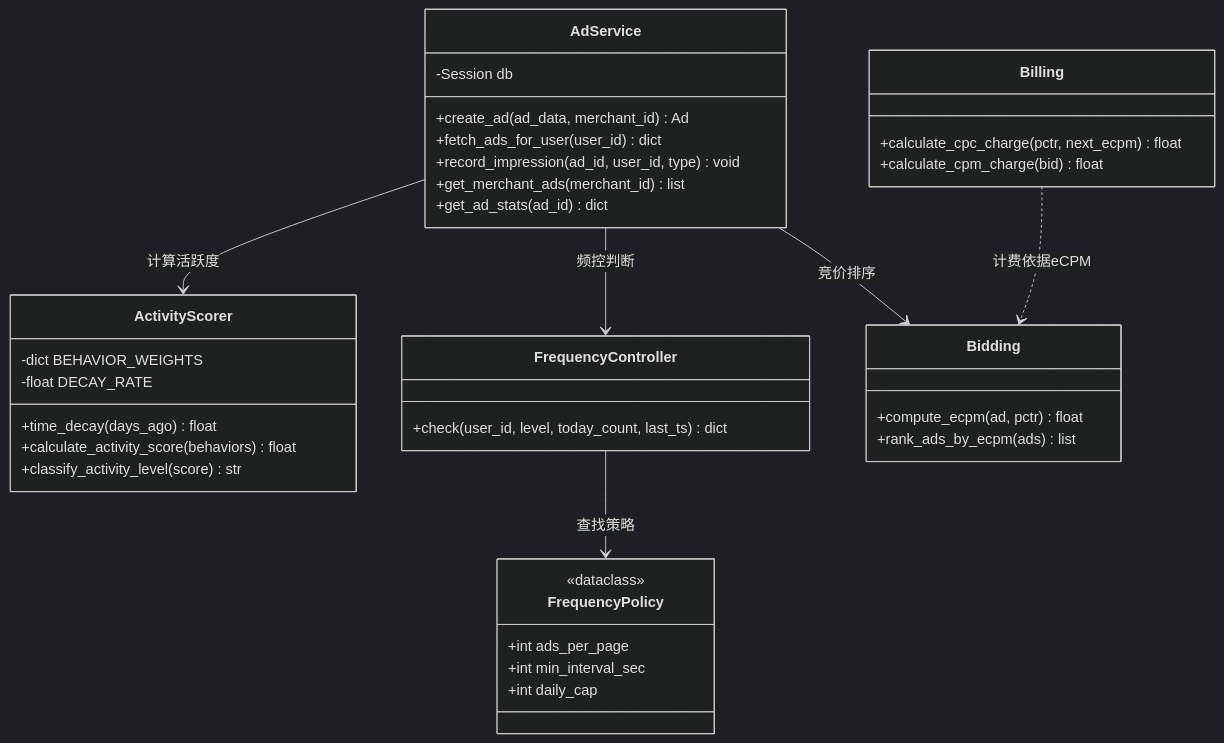
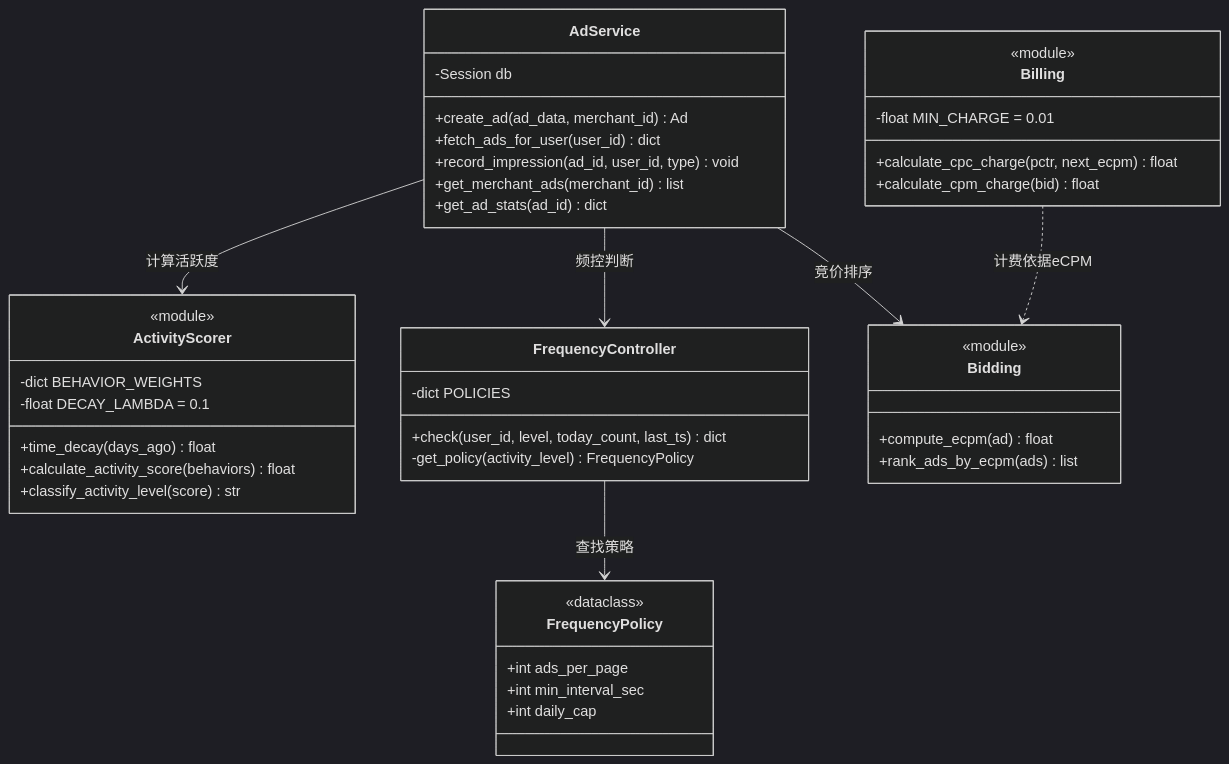
One commit to kun041011/ecommerce-ad-recommendation-system changed diagram 11 of 13 in docs/figures.md. Above: the diagram before and after it, drawn with Mermaid (dark theme).

Commit message:
docs: add variables to all classes in ad engine class diagram (图5-4)
- ActivityScorer: added BEHAVIOR_WEIGHTS dict, DECAY_LAMBDA=0.1, marked <<module>>
- FrequencyController: added POLICIES dict, get_policy() private method
- Bidding: marked <<module>> (pure functions, no class)
- Billing: added MIN_CHARGE=0.01, marked <<module>>

````diff
--- a/docs/figures.md
+++ b/docs/figures.md
@@ -269,40 +269,46 @@
 ```mermaid
 classDiagram
     class AdService {
         -Session db
         +create_ad(ad_data, merchant_id) Ad
         +fetch_ads_for_user(user_id) dict
         +record_impression(ad_id, user_id, type) void
         +get_merchant_ads(merchant_id) list
         +get_ad_stats(ad_id) dict
     }
     class ActivityScorer {
+        <<module>>
         -dict BEHAVIOR_WEIGHTS
-        -float DECAY_RATE
+        -float DECAY_LAMBDA = 0.1
         +time_decay(days_ago) float
         +calculate_activity_score(behaviors) float
         +classify_activity_level(score) str
     }
     class FrequencyController {
+        -dict POLICIES
         +check(user_id, level, today_count, last_ts) dict
+        -get_policy(activity_level) FrequencyPolicy
     }
     class FrequencyPolicy {
         <<dataclass>>
         +int ads_per_page
         +int min_interval_sec
         +int daily_cap
     }
     class Bidding {
-        +compute_ecpm(ad, pctr) float
+        <<module>>
+        +compute_ecpm(ad) float
         +rank_ads_by_ecpm(ads) list
     }
     class Billing {
+        <<module>>
+        -float MIN_CHARGE = 0.01
         +calculate_cpc_charge(pctr, next_ecpm) float
         +calculate_cpm_charge(bid) float
     }
     AdService --> ActivityScorer : 计算活跃度
     AdService --> FrequencyController : 频控判断
     AdService --> Bidding : 竞价排序
     FrequencyController --> FrequencyPolicy : 查找策略
     Billing ..> Bidding : 计费依据eCPM
 ```
````
